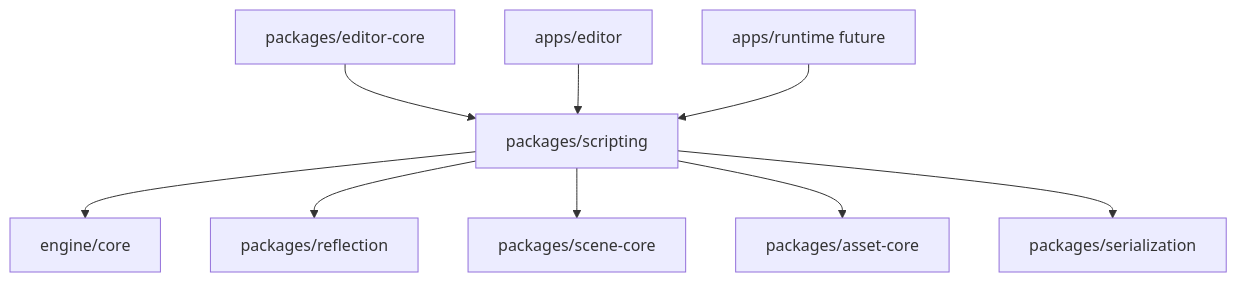
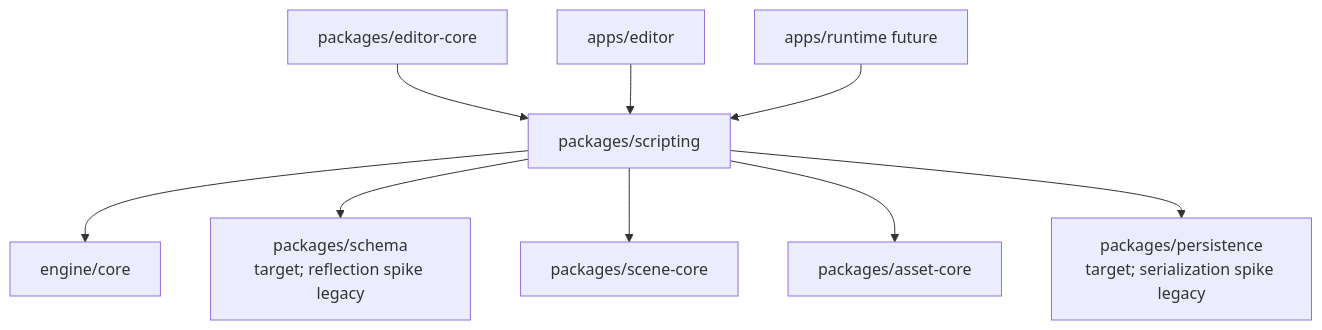
The first of 9 diagrams in docs/systems/scripting.md (66six11/Engine), drawn with Mermaid before and after one commit. The commit also changed other lines of this file and 10 other files, not shown here.

Commit message:
docs: reset schema persistence architecture

````diff
--- a/docs/systems/scripting.md
+++ b/docs/systems/scripting.md
@@ -55,21 +55,21 @@
 ```mermaid
 flowchart TD
     Core["engine/core"]
-    Reflection["packages/reflection"]
-    Serialization["packages/serialization"]
+    Reflection["packages/schema<br/>target; reflection spike legacy"]
+    Serialization["packages/persistence<br/>target; serialization spike legacy"]
     Scene["packages/scene-core"]
     Asset["packages/asset-core"]
     Editor["packages/editor-core"]
     Scripting["packages/scripting"]
     RuntimeApp["apps/runtime future"]
     EditorApp["apps/editor"]
 
     Scripting --> Core
     Scripting --> Reflection
     Scripting --> Scene
     Scripting --> Asset
     Scripting --> Serialization
     Editor --> Scripting
     EditorApp --> Scripting
     RuntimeApp --> Scripting
 ```
````
